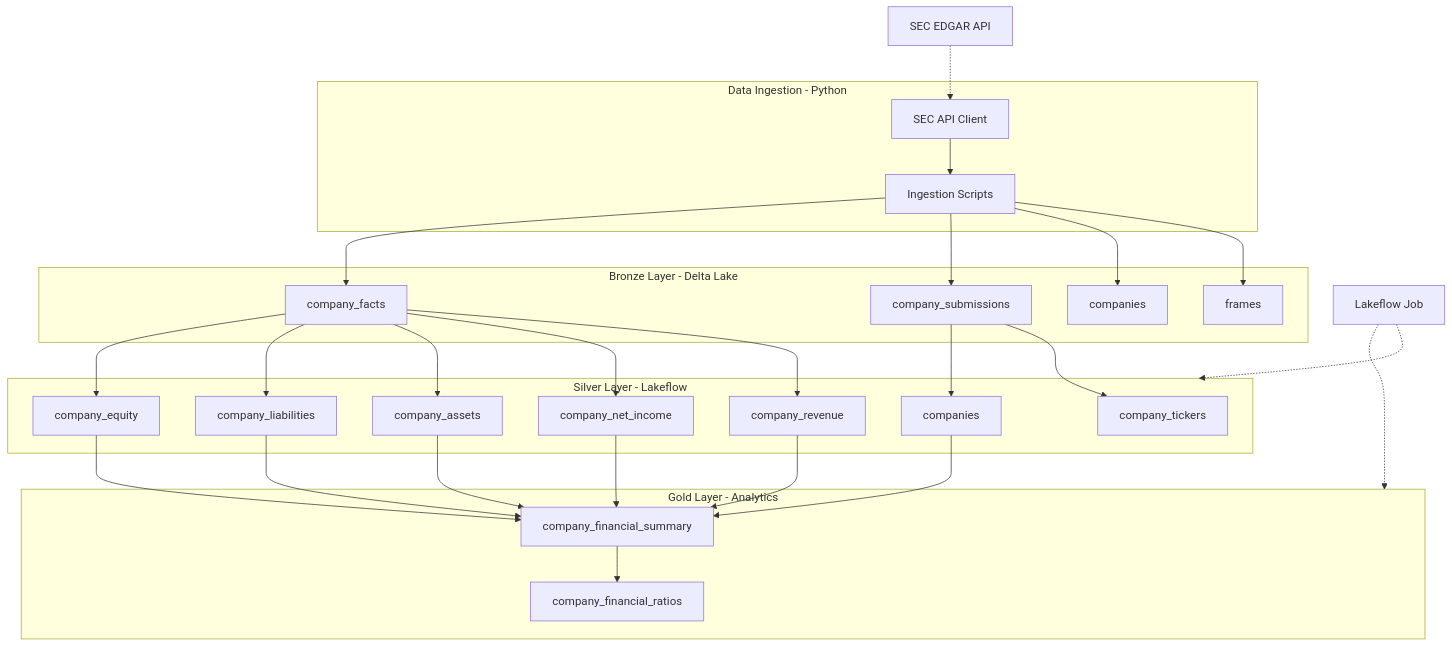
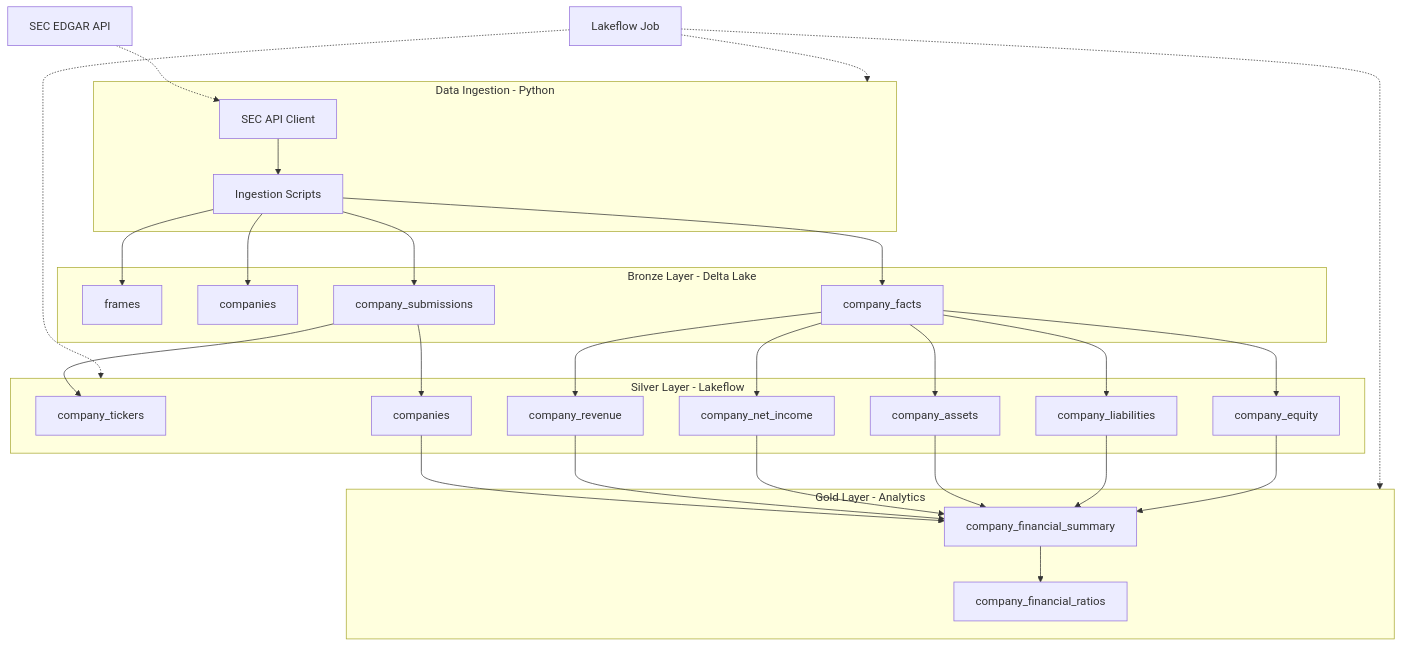
One commit to majdy-yousef/financial-intelligence-lakeflow changed the diagram in README.md. Above: the diagram before and after it, drawn with Mermaid.

````diff
--- a/README.md
+++ b/README.md
@@ -28,54 +28,55 @@
 ```mermaid
 flowchart TB
     SEC["SEC EDGAR API"]
     JOB["Lakeflow Job"]
 
     subgraph ING["Data Ingestion - Python"]
         CLIENT["SEC API Client"] --> SCRIPTS["Ingestion Scripts"]
     end
 
     subgraph BRZ["Bronze Layer - Delta Lake"]
         FRAMES["frames"]
         BCOM["companies"]
         BSUB["company_submissions"]
         BFACT["company_facts"]
     end
 
     subgraph SLV["Silver Layer - Lakeflow"]
         STICK["company_tickers"]
         SCOMP["companies"]
         SREV["company_revenue"]
         SNI["company_net_income"]
         SAS["company_assets"]
         SLIA["company_liabilities"]
         SEQ["company_equity"]
     end
 
     subgraph GLD["Gold Layer - Analytics"]
         GSUM["company_financial_summary"] --> GRAT["company_financial_ratios"]
     end
 
     SEC -.-> CLIENT
     SCRIPTS --> FRAMES
     SCRIPTS --> BCOM
     SCRIPTS --> BSUB
     SCRIPTS --> BFACT
 
     BSUB --> STICK
     BSUB --> SCOMP
     BFACT --> SREV
     BFACT --> SNI
     BFACT --> SAS
     BFACT --> SLIA
     BFACT --> SEQ
 
     SCOMP --> GSUM
     SREV --> GSUM
     SNI --> GSUM
     SAS --> GSUM
     SLIA --> GSUM
     SEQ --> GSUM
 
+    JOB -.-> ING
     JOB -.-> SLV
     JOB -.-> GLD
 ```
````
